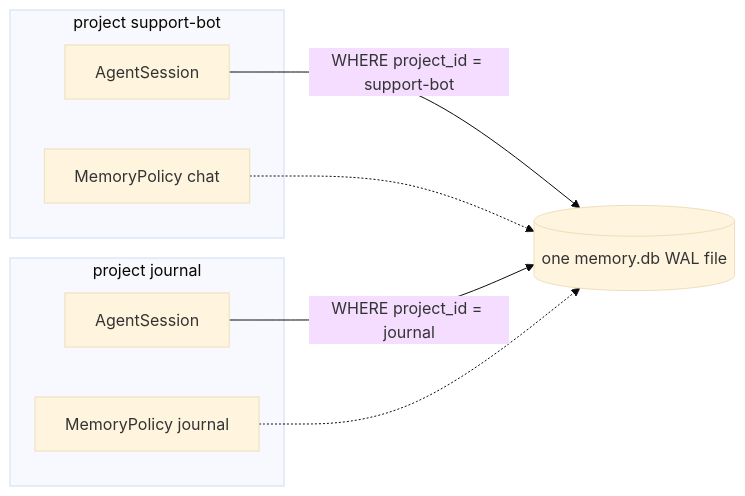
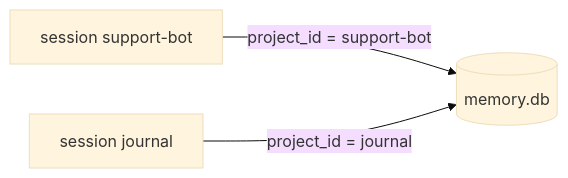
Before and after one commit to zzjzzb/ai-memory: the third of 3 diagrams in docs/ARCHITECTURE.md, drawn with Mermaid (base theme). The commit also changed other lines of this file and 12 other files, not shown here.

````diff
--- a/docs/ARCHITECTURE.md
+++ b/docs/ARCHITECTURE.md
@@ -75,16 +71,8 @@
 ```mermaid
 flowchart LR
-    DB[(one memory.db WAL file)]
-    subgraph p1 [project support-bot]
-        A1[AgentSession]
-        Pol1[MemoryPolicy chat]
-    end
-    subgraph p2 [project journal]
-        A2[AgentSession]
-        Pol2[MemoryPolicy journal]
-    end
-    A1 -->|"WHERE project_id = support-bot"| DB
-    A2 -->|"WHERE project_id = journal"| DB
-    Pol1 -.-> DB
-    Pol2 -.-> DB
+    DB[(memory.db)]
+    A[session support-bot]
+    B[session journal]
+    A -->|"project_id = support-bot"| DB
+    B -->|"project_id = journal"| DB
 ```
````
